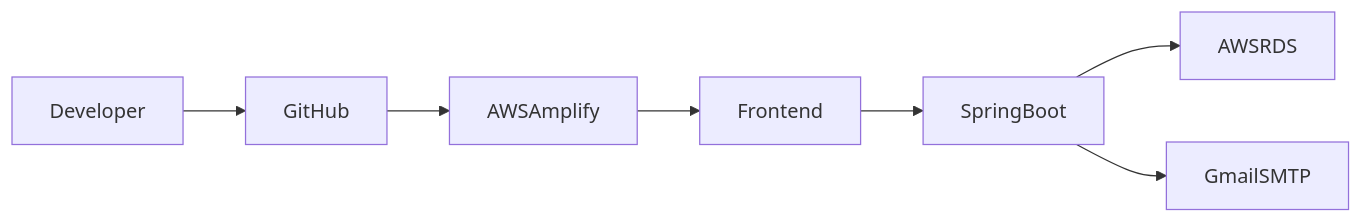
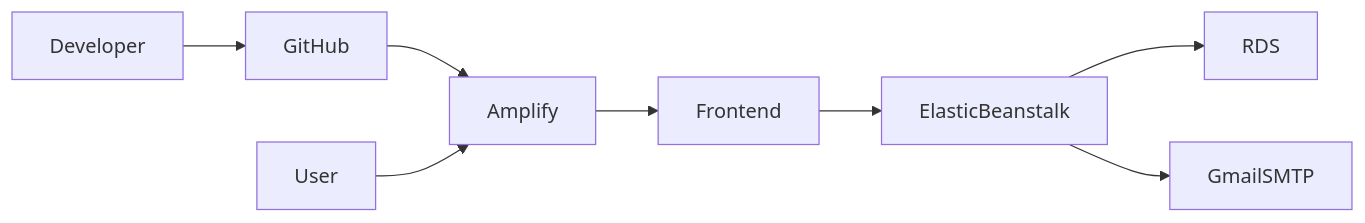
Before and after one commit to PraveenReddy-06/KlInnovationHub: the sixth of 6 diagrams in README.md, drawn with Mermaid. The commit also changed other lines of this file, not shown here.

````diff
--- a/README.md
+++ b/README.md
@@ -947,17 +1216,17 @@
 ```mermaid
 flowchart LR
 
-Developer
-
 Developer --> GitHub
 
-GitHub --> AWSAmplify
+GitHub --> Amplify
 
-AWSAmplify --> Frontend
+Amplify --> Frontend
 
-Frontend --> SpringBoot
+Frontend --> ElasticBeanstalk
 
-SpringBoot --> AWSRDS
+ElasticBeanstalk --> RDS
 
-SpringBoot --> GmailSMTP
+ElasticBeanstalk --> GmailSMTP
+
+User --> Amplify
 ```
````
